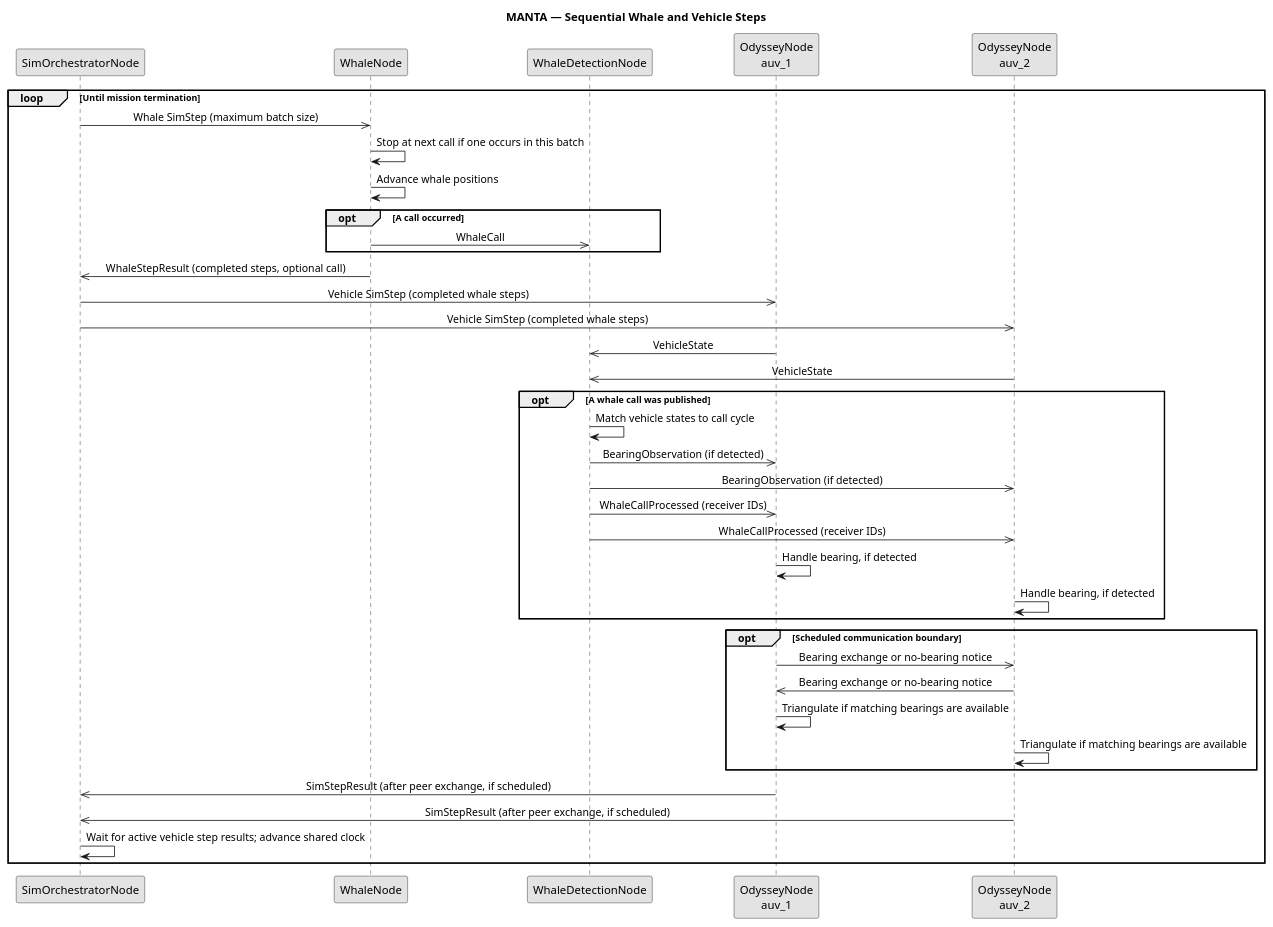
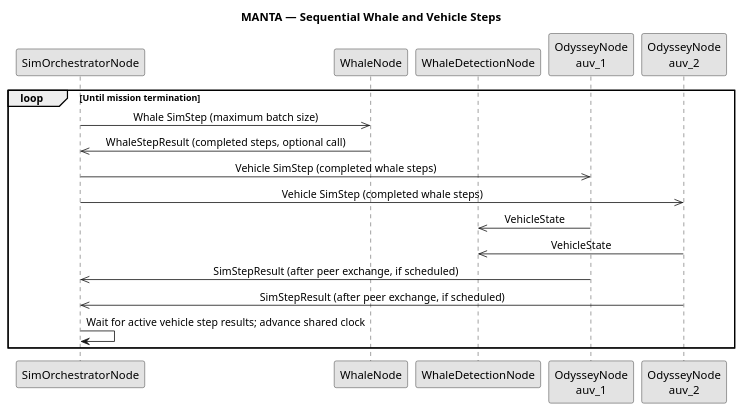
The diagram in components/manta_core/docs/sim_orchestrator_sequence.puml (Tebcherani/MANTA), drawn with PlantUML before and after one commit.

Commit message:
Updated sim orchestrator diagram

```diff
--- a/components/manta_core/docs/sim_orchestrator_sequence.puml
+++ b/components/manta_core/docs/sim_orchestrator_sequence.puml
@@ -1,48 +1,28 @@
 @startuml
 title MANTA — Sequential Whale and Vehicle Steps
 
 skinparam monochrome true
 skinparam shadowing false
 skinparam sequenceMessageAlign center
 skinparam responseMessageBelowArrow true
 
 participant "SimOrchestratorNode" as Orchestrator
 participant "WhaleNode" as Whale
 participant "WhaleDetectionNode" as Detection
 participant "OdysseyNode\nauv_1" as AUV1
 participant "OdysseyNode\nauv_2" as AUV2
 
 loop Until mission termination
     Orchestrator ->> Whale : Whale SimStep (maximum batch size)
-    Whale -> Whale : Stop at next call if one occurs in this batch
-    Whale -> Whale : Advance whale positions
-    opt A call occurred
-        Whale ->> Detection : WhaleCall
-    end
     Whale ->> Orchestrator : WhaleStepResult (completed steps, optional call)
 
     Orchestrator ->> AUV1 : Vehicle SimStep (completed whale steps)
     Orchestrator ->> AUV2 : Vehicle SimStep (completed whale steps)
     AUV1 ->> Detection : VehicleState
     AUV2 ->> Detection : VehicleState
-    opt A whale call was published
-        Detection -> Detection : Match vehicle states to call cycle
-        Detection ->> AUV1 : BearingObservation (if detected)
-        Detection ->> AUV2 : BearingObservation (if detected)
-        Detection ->> AUV1 : WhaleCallProcessed (receiver IDs)
-        Detection ->> AUV2 : WhaleCallProcessed (receiver IDs)
-        AUV1 -> AUV1 : Handle bearing, if detected
-        AUV2 -> AUV2 : Handle bearing, if detected
-    end
-    opt Scheduled communication boundary
-        AUV1 ->> AUV2 : Bearing exchange or no-bearing notice
-        AUV2 ->> AUV1 : Bearing exchange or no-bearing notice
-        AUV1 -> AUV1 : Triangulate if matching bearings are available
-        AUV2 -> AUV2 : Triangulate if matching bearings are available
-    end
     AUV1 ->> Orchestrator : SimStepResult (after peer exchange, if scheduled)
     AUV2 ->> Orchestrator : SimStepResult (after peer exchange, if scheduled)
     Orchestrator -> Orchestrator : Wait for active vehicle step results; advance shared clock
 end
 
 @enduml
```
